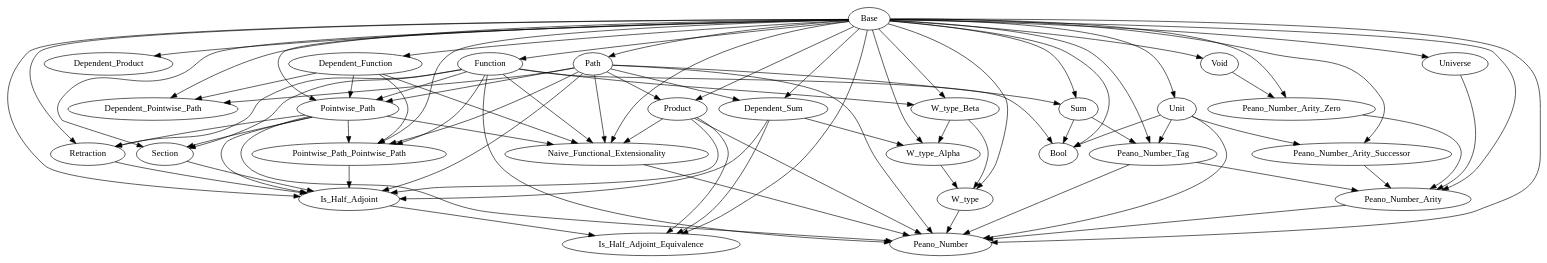
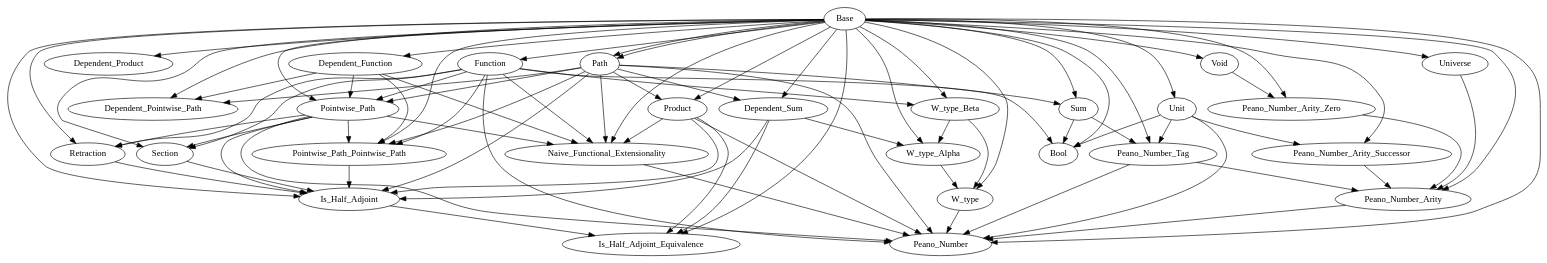
The diagram in libraries/dependencies.gv (Hexirp/googology-in-coq), drawn with Graphviz before and after one commit. The commit also changed 1 other file, not shown here.

```diff
--- a/libraries/dependencies.gv
+++ b/libraries/dependencies.gv
@@ -1,113 +1,114 @@
 digraph Dependencies {
   # Base
   # Dependent_Function
   "Base" -> "Dependent_Function";
   # Function
   "Base" -> "Function";
   # Dependent_Product
   "Base" -> "Dependent_Product";
   # Path
   "Base" -> "Path";
   # Dependent_Sum
   "Base" -> "Dependent_Sum";
   "Path" -> "Dependent_Sum";
   # Product
   "Base" -> "Product";
   "Path" -> "Product";
   # Sum
   "Base" -> "Sum";
   "Path" -> "Sum";
   # Unit
   "Base" -> "Unit";
+  "Base" -> "Path";
   # Void
   "Base" -> "Void";
   # W_type_Beta
   "Base" -> "W_type_Beta";
   "Function" -> "W_type_Beta";
   # W_type_Alpha
   "Base" -> "W_type_Alpha";
   "Dependent_Sum" -> "W_type_Alpha";
   "W_type_Beta" -> "W_type_Alpha";
   # W_type
   "Base" -> "W_type";
   "W_type_Alpha" -> "W_type";
   "W_type_Beta" -> "W_type";
   # Universe
   "Base" -> "Universe";
   # Dependent_Pointwise_Path
   "Base" -> "Dependent_Pointwise_Path";
   "Dependent_Function" -> "Dependent_Pointwise_Path";
   "Path" -> "Dependent_Pointwise_Path";
   # Pointwise_Path
   "Base" -> "Pointwise_Path";
   "Dependent_Function" -> "Pointwise_Path";
   "Function" -> "Pointwise_Path";
   "Path" -> "Pointwise_Path";
   # Pointwise_Path_Pointwise_Path
   "Base" -> "Pointwise_Path_Pointwise_Path";
   "Dependent_Function" -> "Pointwise_Path_Pointwise_Path";
   "Function" -> "Pointwise_Path_Pointwise_Path";
   "Path" -> "Pointwise_Path_Pointwise_Path";
   "Pointwise_Path" -> "Pointwise_Path_Pointwise_Path";
   # Section
   "Base" -> "Section";
   "Function" -> "Section";
   "Pointwise_Path" -> "Section";
   # Retraction
   "Base" -> "Retraction";
   "Function" -> "Retraction";
   "Pointwise_Path" -> "Retraction";
   # Is_Half_Adjoint
   "Base" -> "Is_Half_Adjoint";
   "Dependent_Sum" -> "Is_Half_Adjoint";
   "Product" -> "Is_Half_Adjoint";
   "Path" -> "Is_Half_Adjoint";
   "Pointwise_Path" -> "Is_Half_Adjoint";
   "Pointwise_Path_Pointwise_Path" -> "Is_Half_Adjoint";
   "Section" -> "Is_Half_Adjoint";
   "Retraction" -> "Is_Half_Adjoint";
   # Is_Half_Adjoint_Equivalence
   "Base" -> "Is_Half_Adjoint_Equivalence";
   "Dependent_Sum" -> "Is_Half_Adjoint_Equivalence";
   "Product" -> "Is_Half_Adjoint_Equivalence";
   "Is_Half_Adjoint" -> "Is_Half_Adjoint_Equivalence";
   # Naive_Functional_Extensionality
   "Base" -> "Naive_Functional_Extensionality";
   "Dependent_Function" -> "Naive_Functional_Extensionality";
   "Function" -> "Naive_Functional_Extensionality";
   "Product" -> "Naive_Functional_Extensionality";
   "Path" -> "Naive_Functional_Extensionality";
   "Pointwise_Path" -> "Naive_Functional_Extensionality";
   # Bool
   "Base" -> "Bool";
   "Function" -> "Bool";
   "Sum" -> "Bool";
   "Unit" -> "Bool";
   # Peano_Number_Tag
   "Base" -> "Peano_Number_Tag";
   "Sum" -> "Peano_Number_Tag";
   "Unit" -> "Peano_Number_Tag";
   # Peano_Number_Arity_Zero
   "Base" -> "Peano_Number_Arity_Zero";
   "Void" -> "Peano_Number_Arity_Zero";
   # Peano_Number_Arity_Successor
   "Base" -> "Peano_Number_Arity_Successor";
   "Unit" -> "Peano_Number_Arity_Successor";
   # Peano_Number_Arity
   "Base" -> "Peano_Number_Arity";
   "Universe" -> "Peano_Number_Arity";
   "Peano_Number_Tag" -> "Peano_Number_Arity";
   "Peano_Number_Arity_Zero" -> "Peano_Number_Arity";
   "Peano_Number_Arity_Successor" -> "Peano_Number_Arity";
   # Peano_Number
   "Base" -> "Peano_Number";
   "Function" -> "Peano_Number";
   "Product" -> "Peano_Number";
   "Unit" -> "Peano_Number";
   "W_type" -> "Peano_Number";
   "Path" -> "Peano_Number";
   "Pointwise_Path" -> "Peano_Number";
   "Naive_Functional_Extensionality" -> "Peano_Number";
   "Peano_Number_Tag" -> "Peano_Number";
   "Peano_Number_Arity" -> "Peano_Number";
 }
```
